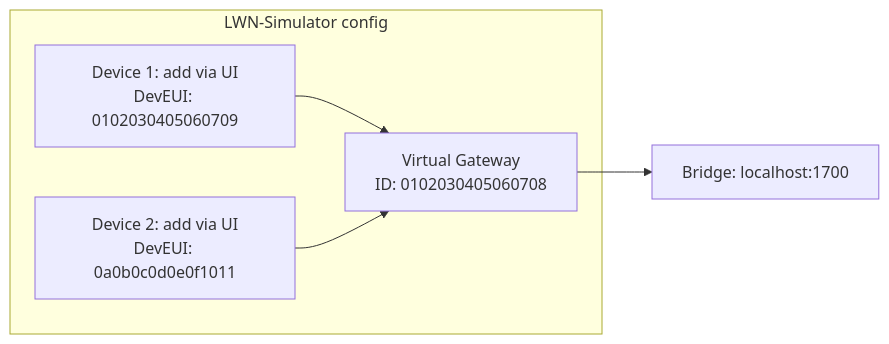
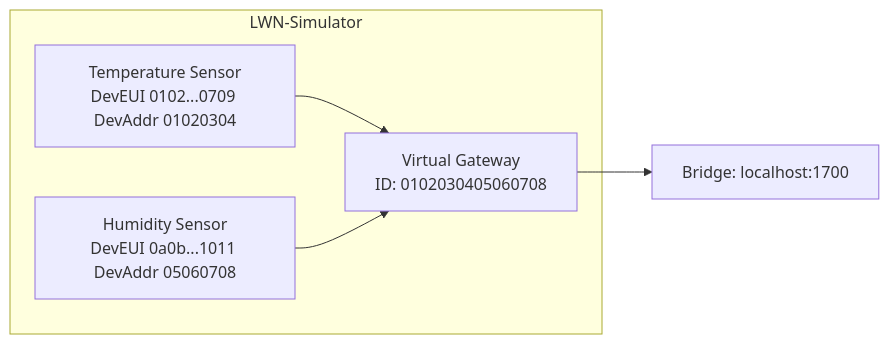
One commit to lucadagati/Chirpstack_BackEnd changed the fourth of 6 diagrams in README.md. Above: the diagram before and after it, drawn with Mermaid. The commit also changed other lines of this file and 4 other files, not shown here.

First line of the commit message:
README: add LoRaWAN and ChirpStack theory; seed from LWN config; LWN on 9000, gateway profile

````diff
--- a/README.md
+++ b/README.md
@@ -183,12 +225,12 @@
 ```mermaid
 flowchart LR
-    subgraph lwn["LWN-Simulator config"]
+    subgraph lwn["LWN-Simulator"]
         GW[Virtual Gateway<br/>ID: 0102030405060708]
-        D1[Device 1: add via UI<br/>DevEUI: 0102030405060709]
-        D2[Device 2: add via UI<br/>DevEUI: 0a0b0c0d0e0f1011]
+        D1[Temperature Sensor<br/>DevEUI 0102...0709 DevAddr 01020304]
+        D2[Humidity Sensor<br/>DevEUI 0a0b...1011 DevAddr 05060708]
     end
     BR[Bridge: localhost:1700]
     GW --> BR
     D1 --> GW
     D2 --> GW
 ```
````
